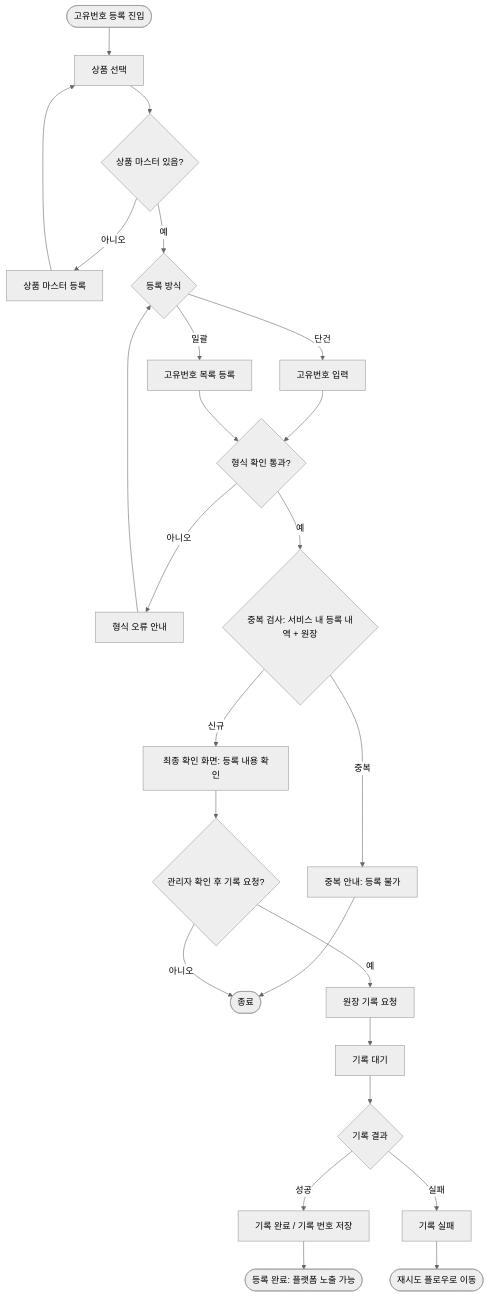
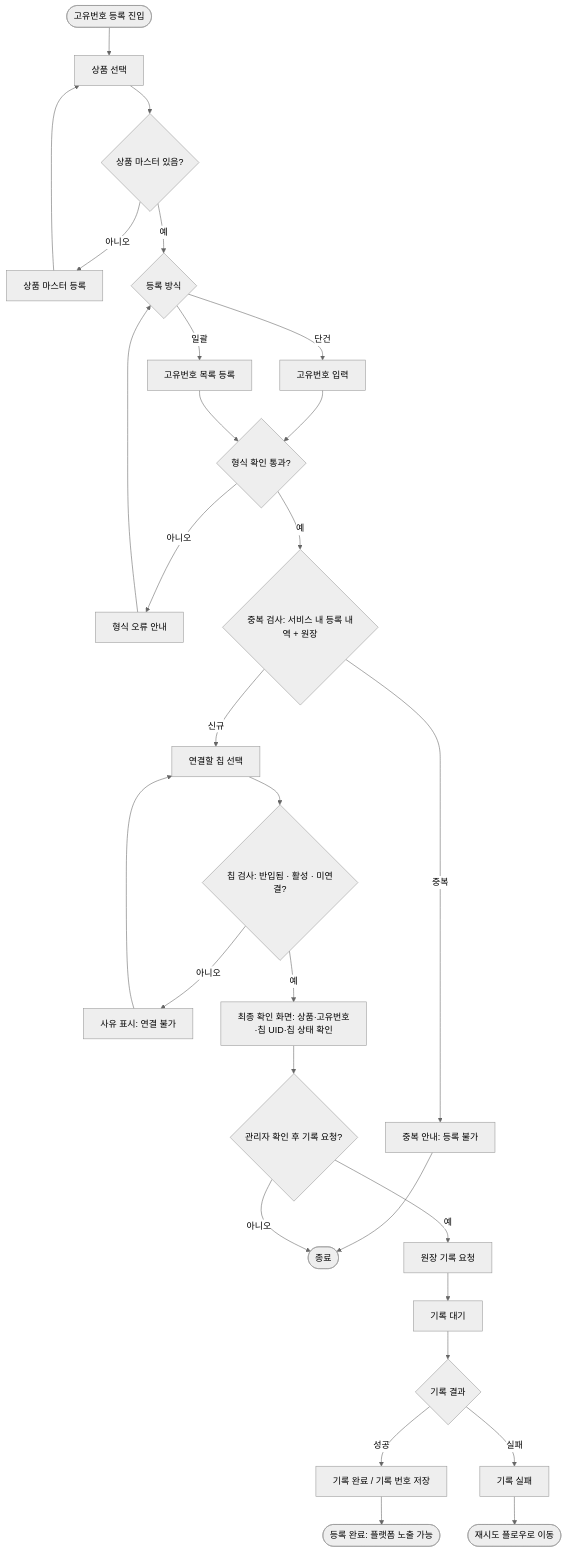
The third of 10 diagrams in BR/07-고객여정/관리자/03-유저플로우.md (Soneungsu/Blockchain-Product-Authentication), drawn with Mermaid (neutral theme) before and after one commit. The commit also changed other lines of this file and 19 other files, not shown here.

````diff
--- a/BR/07-고객여정/관리자/03-유저플로우.md
+++ b/BR/07-고객여정/관리자/03-유저플로우.md
@@ -60,24 +64,27 @@
 ```mermaid
 flowchart TD
     A([고유번호 등록 진입]) --> B[상품 선택]
     B --> C{상품 마스터 있음?}
     C -- 아니오 --> C1[상품 마스터 등록] --> B
     C -- 예 --> D{등록 방식}
     D -- 단건 --> D1[고유번호 입력]
     D -- 일괄 --> D2[고유번호 목록 등록]
     D1 --> E{형식 확인 통과?}
     D2 --> E
     E -- 아니오 --> E1[형식 오류 안내] --> D
     E -- 예 --> F{중복 검사: 서비스 내 등록 내역 + 원장}
     F -- 중복 --> F1[중복 안내: 등록 불가] --> Z([종료])
-    F -- 신규 --> G[최종 확인 화면: 등록 내용 확인]
+    F -- 신규 --> F2[연결할 칩 선택]
+    F2 --> F3{칩 검사: 반입됨 · 활성 · 미연결?}
+    F3 -- 아니오 --> F4[사유 표시: 연결 불가] --> F2
+    F3 -- 예 --> G[최종 확인 화면: 상품·고유번호·칩 UID·칩 상태 확인]
     G --> G1{관리자 확인 후 기록 요청?}
     G1 -- 아니오 --> Z
     G1 -- 예 --> H[원장 기록 요청]
     H --> I[기록 대기]
     I --> J{기록 결과}
     J -- 성공 --> K[기록 완료 / 기록 번호 저장]
     J -- 실패 --> L[기록 실패]
     K --> M([등록 완료: 플랫폼 노출 가능])
     L --> N([재시도 플로우로 이동])
 ```
````
